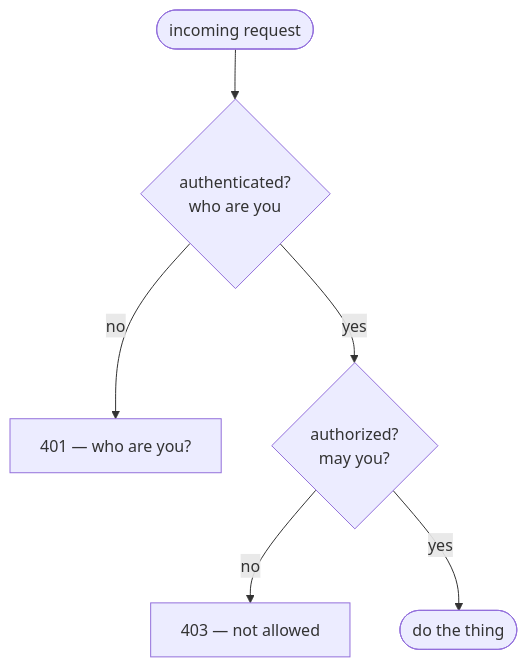
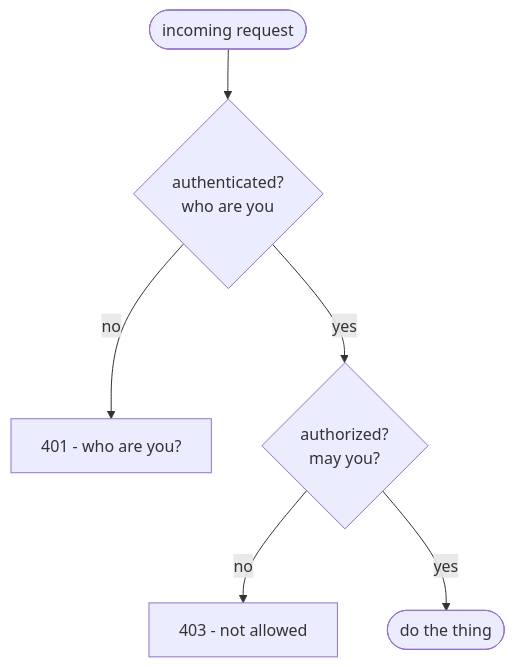
Before and after one commit to Topurrra/themissingmanual: the second of 2 diagrams in guides/security/auth-vs-authz/01-authentication-vs-authorization.md, drawn with Mermaid. The commit also changed other lines of this file and 1072 other files, not shown here.

````diff
--- a/guides/security/auth-vs-authz/01-authentication-vs-authorization.md
+++ b/guides/security/auth-vs-authz/01-authentication-vs-authorization.md
@@ -82,8 +82,8 @@
 ```mermaid
 flowchart TD
   req([incoming request]) --> authn{authenticated?<br/>who are you}
-  authn -->|no| e401[401 — who are you?]
+  authn -->|no| e401[401 - who are you?]
   authn -->|yes| authz{authorized?<br/>may you?}
-  authz -->|no| e403[403 — not allowed]
+  authz -->|no| e403[403 - not allowed]
   authz -->|yes| do([do the thing])
 ```
````
